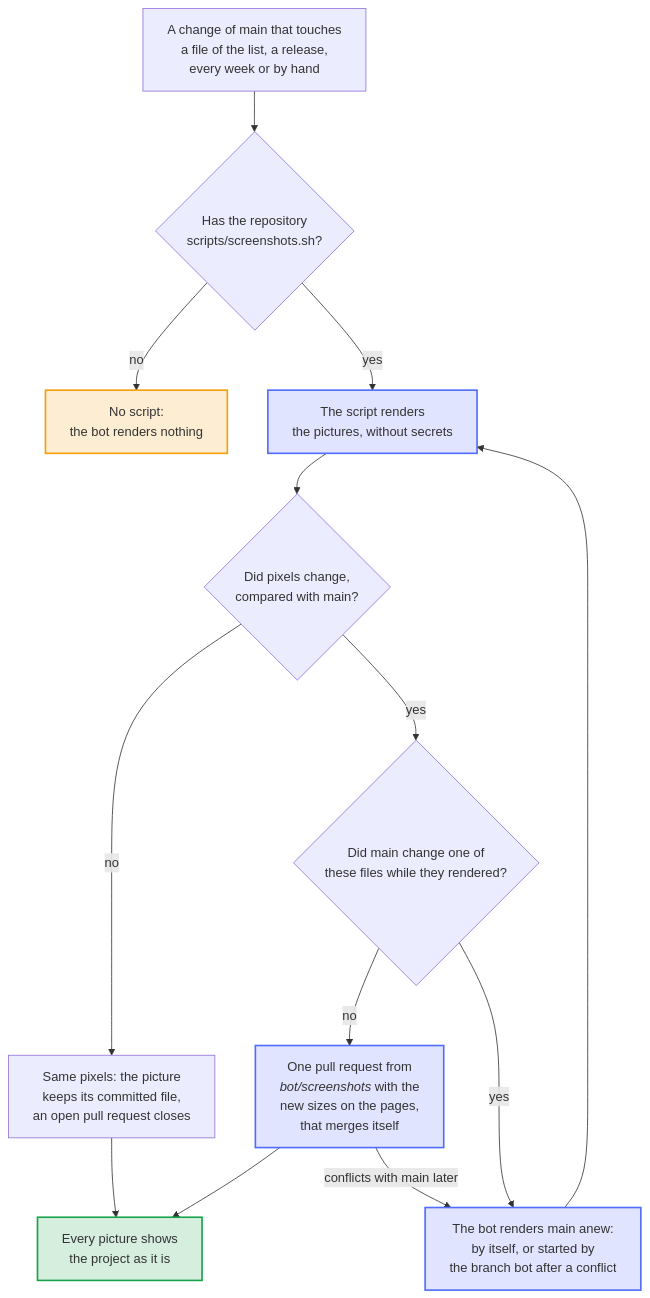
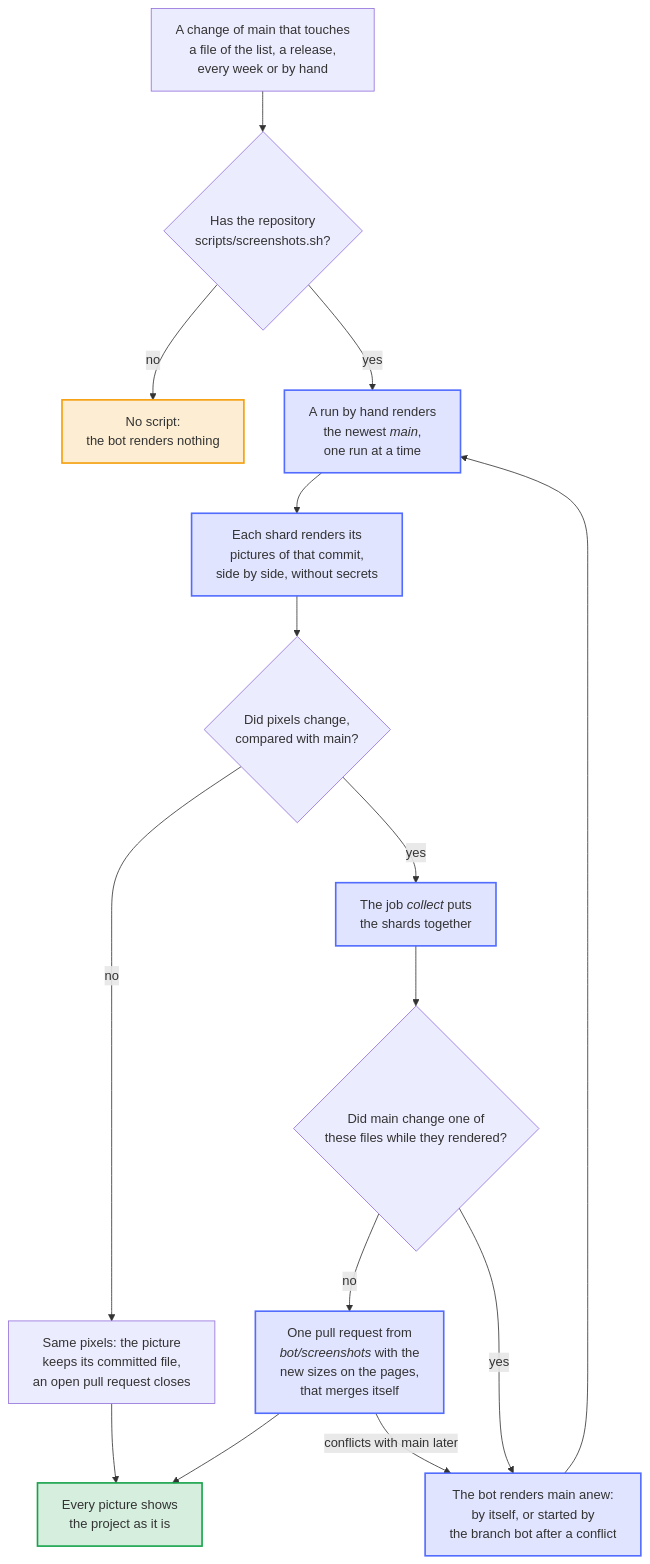
The diagram in docs/diagrams/how-the-screenshots-renew-themselves.mmd (Dennis-Otto/repo-blueprint), drawn with Mermaid before and after one commit. The commit also changed 20 other files, not shown here.

First line of the commit message:
feat: the screenshot bot renders in parallel shards, commits files besides pictures and keeps to an allowlist of hosts (#678)

```diff
--- a/docs/diagrams/how-the-screenshots-renew-themselves.mmd
+++ b/docs/diagrams/how-the-screenshots-renew-themselves.mmd
@@ -1,36 +1,38 @@
 ---
 config:
   flowchart:
     wrappingWidth: 400
 ---
 flowchart TB
     accTitle: How the screenshots renew themselves
-    accDescr: After a change of main that touches a file of .github/screenshots-paths.txt, after every release, every week and on demand, the screenshot bot looks for scripts/screenshots.sh; without it, the bot renders nothing. The script renders the pictures without secrets, and each picture whose pixels stayed the same keeps its committed file. When pixels changed and main changed none of these files while they rendered, one pull request from bot/screenshots holds the new pictures and the width and height that the pages name for them, and merges itself once every check passes; when main looks as rendered, the bot closes it. When main changed one of them meanwhile, as when the pull request before merged, or when the pull request conflicts with main later, the bot renders main anew: by itself, or started by the branch bot. So every picture shows the project as it is.
+    accDescr: After a change of main that touches a file of .github/screenshots-paths.txt, after every release and every week, the plan of the screenshot bot starts a run by hand, as the branch bot and a person do; without scripts/screenshots.sh, the bot renders nothing. The runs by hand render one at a time, the newest main. Each shard that .github/screenshots.toml names renders its pictures of that commit side by side, without secrets, and each picture whose pixels stayed the same keeps its committed file. When pixels changed, the job collect puts the shards together, and when main changed none of these files while they rendered, one pull request from bot/screenshots holds the new pictures, the files that the settings name and the width and height that the pages name for the pictures, and merges itself once every check passes; when main looks as rendered, the bot closes it. When main changed one of them meanwhile, as when the pull request before merged, or when the pull request conflicts with main later, the bot renders main anew: by itself, or started by the branch bot. So every picture shows the project as it is.
 
     event["`A change of main that touches<br>a file of the list, a release,<br>every week or by hand`"]
     script{"Has the repository<br>scripts/screenshots.sh?"}
     off["No script:<br>the bot renders nothing"]
-    render["The script renders<br>the pictures, without secrets"]
+    queue["`A run by hand renders<br>the newest *main*,<br>one run at a time`"]
+    render["`Each shard renders its<br>pictures of that commit,<br>side by side, without secrets`"]
     pixels{"Did pixels change,<br>compared with main?"}
     same["`Same pixels: the picture<br>keeps its committed file,<br>an open pull request closes`"]
+    collect["`The job *collect* puts<br>the shards together`"]
+    moved{"Did main change one of<br>these files while they rendered?"}
     pr["`One pull request from<br>*bot/screenshots* with the<br>new sizes on the pages,<br>that merges itself`"]
-    moved{"Did main change one of<br>these files while they rendered?"}
     again["`The bot renders main anew:<br>by itself, or started by<br>the branch bot after a conflict`"]
     done["Every picture shows<br>the project as it is"]
 
     event --> script
     script -- "no" --> off
-    script -- "yes" --> render --> pixels
+    script -- "yes" --> queue --> render --> pixels
     pixels -- "no" --> same --> done
-    pixels -- "yes" --> moved
+    pixels -- "yes" --> collect --> moved
     moved -- "no" --> pr --> done
     moved -- "yes" --> again
     pr -- "conflicts with main later" --> again
-    again --> render
+    again --> queue
 
     classDef bot fill:#526cfe2e,stroke:#526cfe,stroke-width:2px
     classDef person fill:#f59e0b2e,stroke:#f59e0b,stroke-width:2px
     classDef done fill:#16a34a2e,stroke:#16a34a,stroke-width:2px
-    class render,pr,again bot
+    class queue,render,collect,pr,again bot
     class off person
     class done done
```
